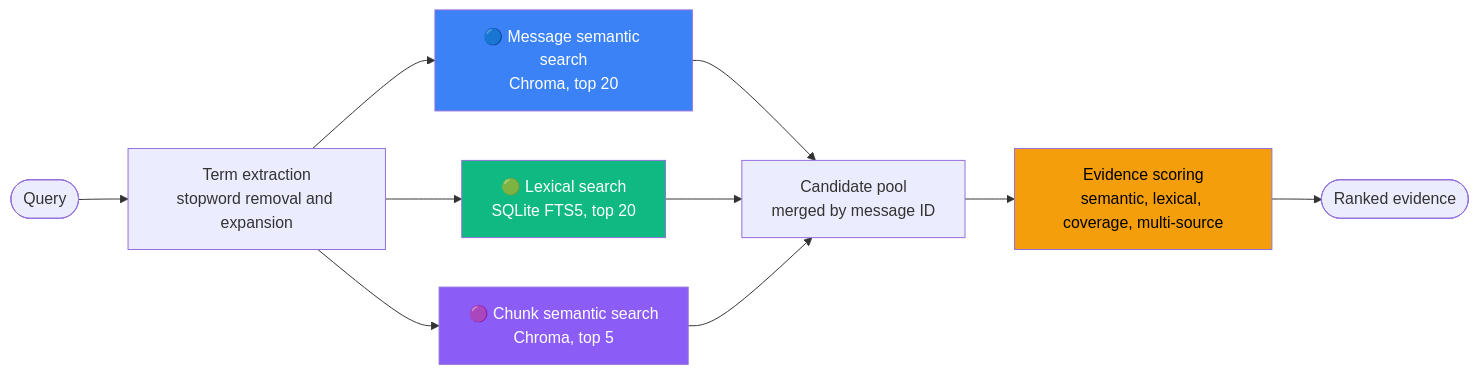
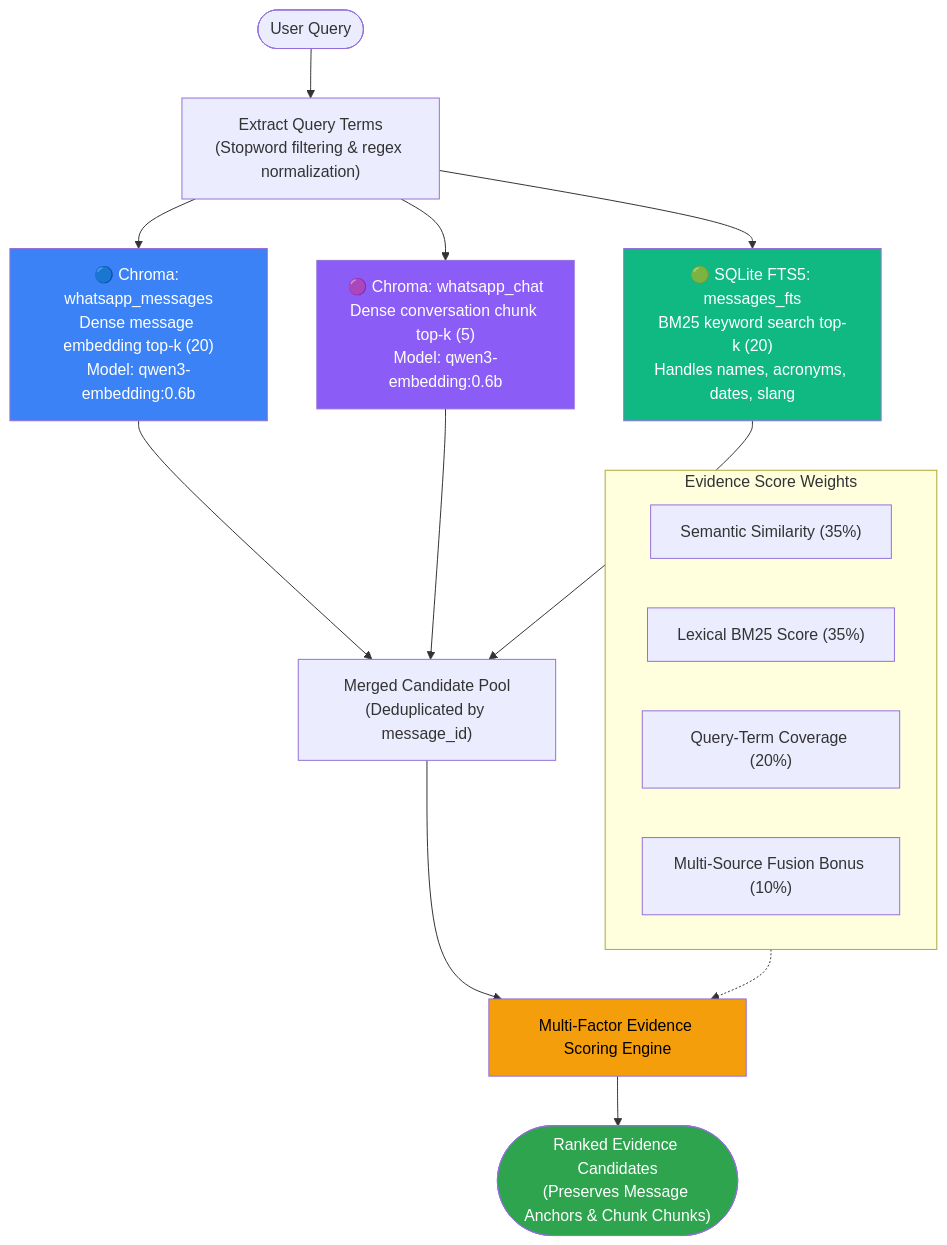
The fourth of 10 diagrams in README.md (vVIBHORj/chatlens_v2), drawn with Mermaid before and after one commit. The commit also changed other lines of this file and 5 other files, not shown here.

Commit message:
feat: context-aware relevance grading, fail-closed BM-03 comparison harness, and comprehensive README architecture update

````diff
--- a/README.md
+++ b/README.md
@@ -346,20 +261,30 @@
 ```mermaid
-flowchart LR
-    Q(["Query"]) --> T["Term extraction<br/>stopword removal and expansion"]
+flowchart TD
+    Q(["User Query"]) --> EXTRACT["Extract Query Terms<br/>(Stopword filtering & regex normalization)"]
 
-    T --> A["🔵 Message semantic search<br/>Chroma, top 20"]
-    T --> B["🟢 Lexical search<br/>SQLite FTS5, top 20"]
-    T --> C["🟣 Chunk semantic search<br/>Chroma, top 5"]
+    EXTRACT --> S1["🔵 Chroma: whatsapp_messages<br/>Dense message embedding top-k (20)<br/>Model: qwen3-embedding:0.6b"]
+    EXTRACT --> S2["🟣 Chroma: whatsapp_chat<br/>Dense conversation chunk top-k (5)<br/>Model: qwen3-embedding:0.6b"]
+    EXTRACT --> S3["🟢 SQLite FTS5: messages_fts<br/>BM25 keyword search top-k (20)<br/>Handles names, acronyms, dates, slang"]
 
-    A --> M["Candidate pool<br/>merged by message ID"]
-    B --> M
-    C --> M
+    S1 --> POOL["Merged Candidate Pool<br/>(Deduplicated by message_id)"]
+    S2 --> POOL
+    S3 --> POOL
 
-    M --> SC["Evidence scoring<br/>semantic, lexical, coverage, multi-source"]
-    SC --> OUT(["Ranked evidence"])
+    POOL --> SCORE["Multi-Factor Evidence Scoring Engine"]
 
-    style A fill:#3b82f6,color:#fff
-    style B fill:#10b981,color:#fff
-    style C fill:#8b5cf6,color:#fff
-    style SC fill:#f59e0b,color:#000
+    subgraph SCORING_WEIGHTS["Evidence Score Weights"]
+        W1["Semantic Similarity (35%)"]
+        W2["Lexical BM25 Score (35%)"]
+        W3["Query-Term Coverage (20%)"]
+        W4["Multi-Source Fusion Bonus (10%)"]
+    end
+
+    SCORING_WEIGHTS -.-> SCORE
+    SCORE --> RANKED(["Ranked Evidence Candidates<br/>(Preserves Message Anchors & Chunk Chunks)"])
+
+    style S1 fill:#3b82f6,color:#fff
+    style S2 fill:#8b5cf6,color:#fff
+    style S3 fill:#10b981,color:#fff
+    style SCORE fill:#f59e0b,color:#000
+    style RANKED fill:#2ea44f,color:#fff
 ```
````
